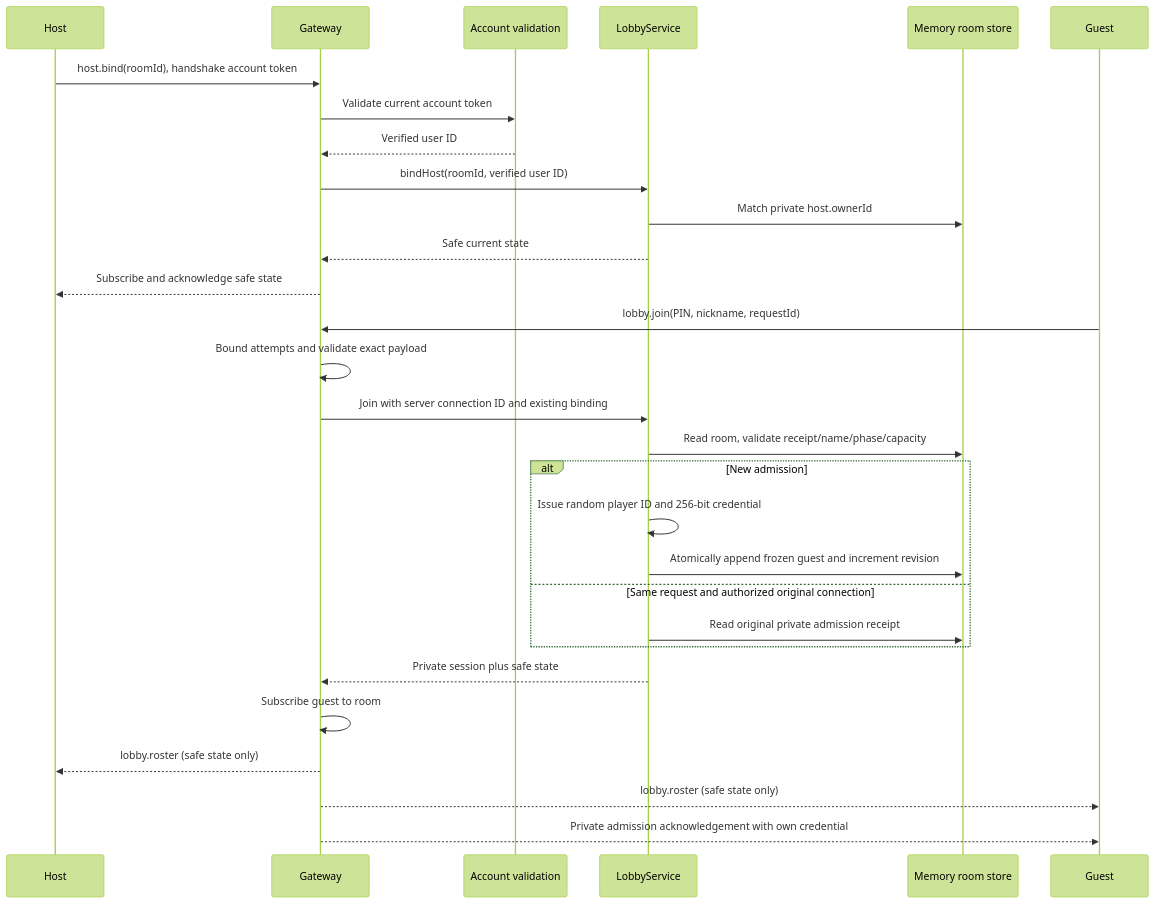
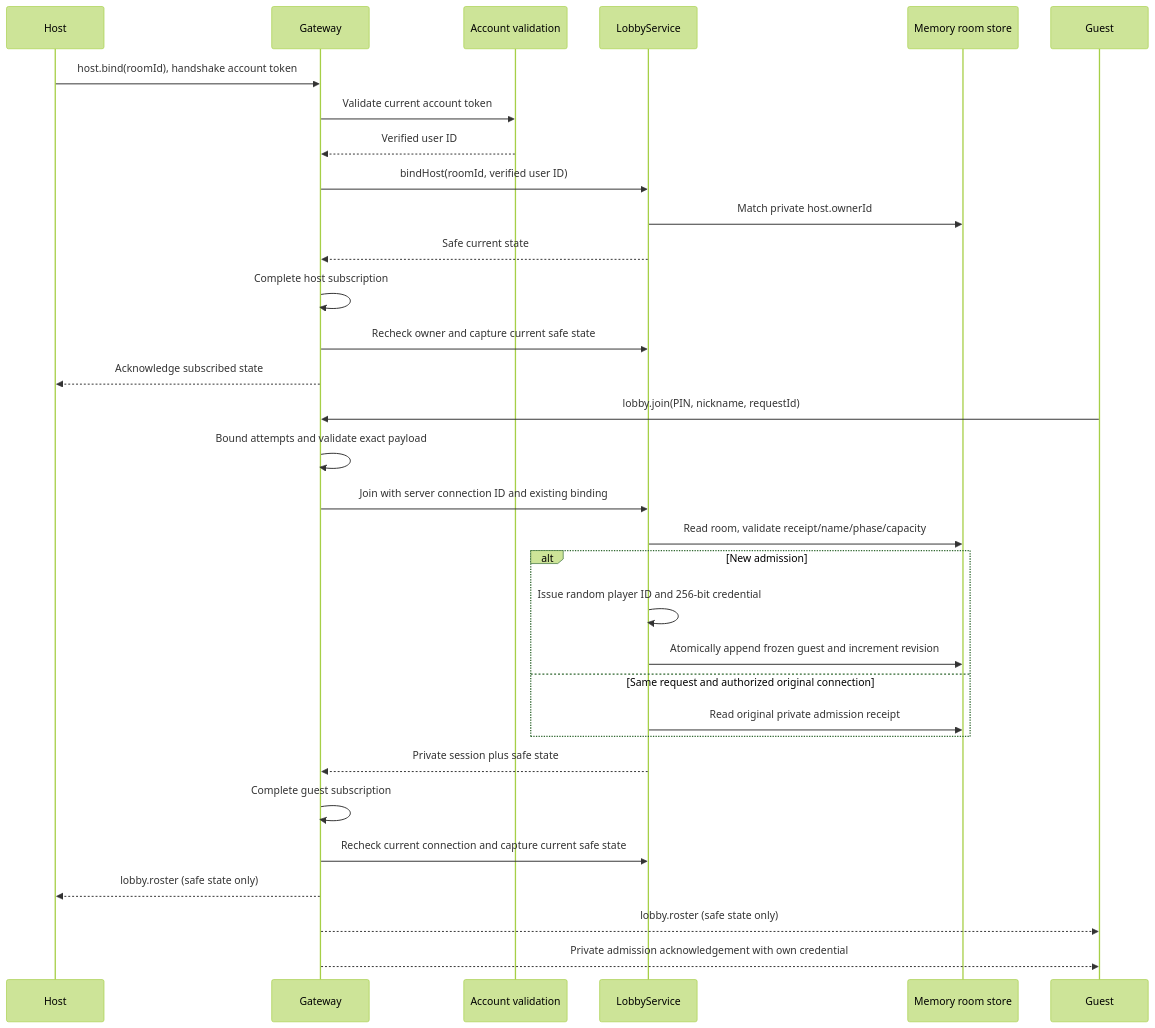
The second of 4 diagrams in docs/architecture/lobby-admission.md (CusmaLinux/robinhoot), drawn with Mermaid (forest theme) before and after one commit. The commit also changed other lines of this file and 13 other files, not shown here.

Commit message:
feat: restore lobby sessions with room-scoped credentials (#52) (#73)

````diff
--- a/docs/architecture/lobby-admission.md
+++ b/docs/architecture/lobby-admission.md
@@ -41,31 +49,34 @@
 ```mermaid
 sequenceDiagram
   participant Host
   participant Gateway
   participant Auth as Account validation
   participant Lobby as LobbyService
   participant Store as Memory room store
   participant Guest
   Host->>Gateway: host.bind(roomId), handshake account token
   Gateway->>Auth: Validate current account token
   Auth-->>Gateway: Verified user ID
   Gateway->>Lobby: bindHost(roomId, verified user ID)
   Lobby->>Store: Match private host.ownerId
   Lobby-->>Gateway: Safe current state
-  Gateway-->>Host: Subscribe and acknowledge safe state
+  Gateway->>Gateway: Complete host subscription
+  Gateway->>Lobby: Recheck owner and capture current safe state
+  Gateway-->>Host: Acknowledge subscribed state
   Guest->>Gateway: lobby.join(PIN, nickname, requestId)
   Gateway->>Gateway: Bound attempts and validate exact payload
   Gateway->>Lobby: Join with server connection ID and existing binding
   Lobby->>Store: Read room, validate receipt/name/phase/capacity
   alt New admission
     Lobby->>Lobby: Issue random player ID and 256-bit credential
     Lobby->>Store: Atomically append frozen guest and increment revision
   else Same request and authorized original connection
     Lobby->>Store: Read original private admission receipt
   end
   Lobby-->>Gateway: Private session plus safe state
-  Gateway->>Gateway: Subscribe guest to room
+  Gateway->>Gateway: Complete guest subscription
+  Gateway->>Lobby: Recheck current connection and capture current safe state
   Gateway-->>Host: lobby.roster (safe state only)
   Gateway-->>Guest: lobby.roster (safe state only)
   Gateway-->>Guest: Private admission acknowledgement with own credential
 ```
````
